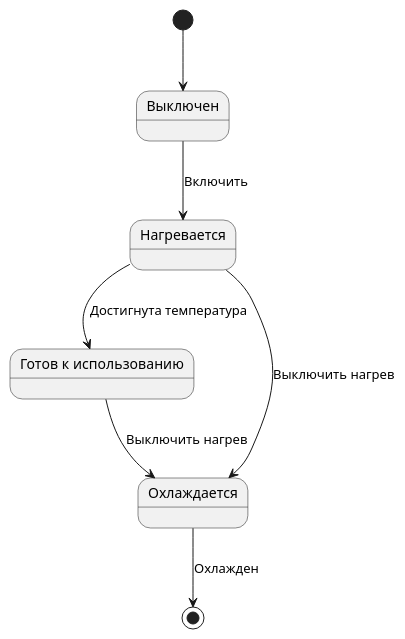
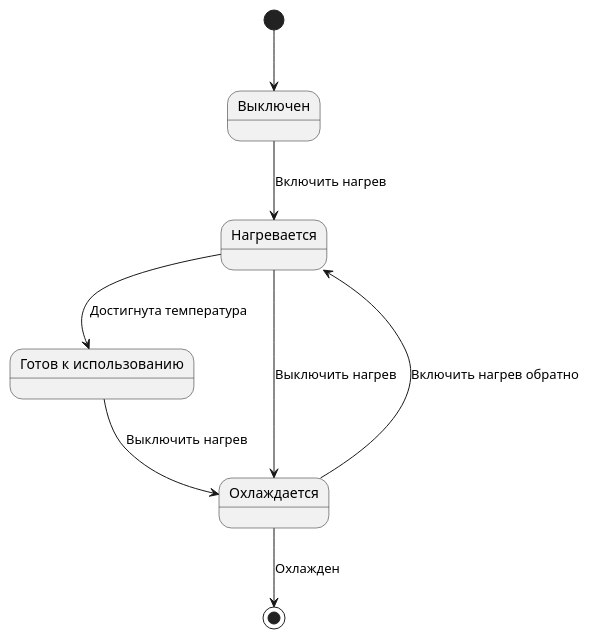
One commit to BogruAKVD/hse-sd-rfp-requirements changed the diagram in src/iron_fsm.puml. Above: the diagram before and after it, drawn with PlantUML. The commit also changed other lines of this file and 1 other file, not shown here.

```diff
--- a/src/iron_fsm.puml
+++ b/src/iron_fsm.puml
@@ -1,13 +1,14 @@
 @startuml
 state OFF as "Выключен"
 state HEATING as "Нагревается"
 state READY as "Готов к использованию"
 state COOLING as "Охлаждается"
 
 [*] --> OFF
-OFF --> HEATING : Включить
+OFF --> HEATING : Включить нагрев
 HEATING --> READY : Достигнута температура
 READY --> COOLING : Выключить нагрев
 COOLING --> [*] : Охлажден
 HEATING --> COOLING : Выключить нагрев
+COOLING --> HEATING : Включить нагрев обратно
 @enduml
```
